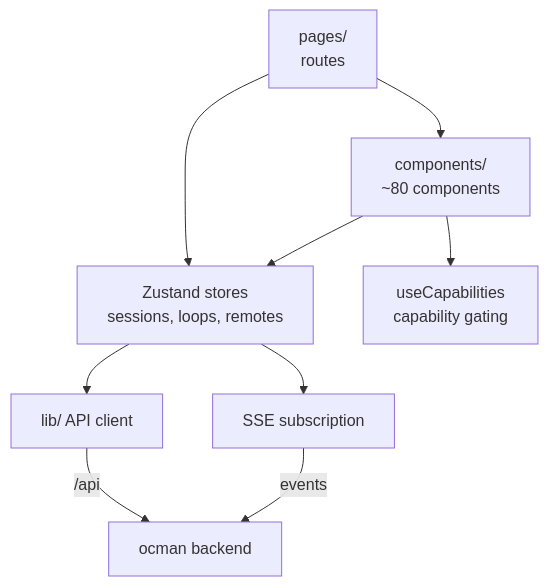
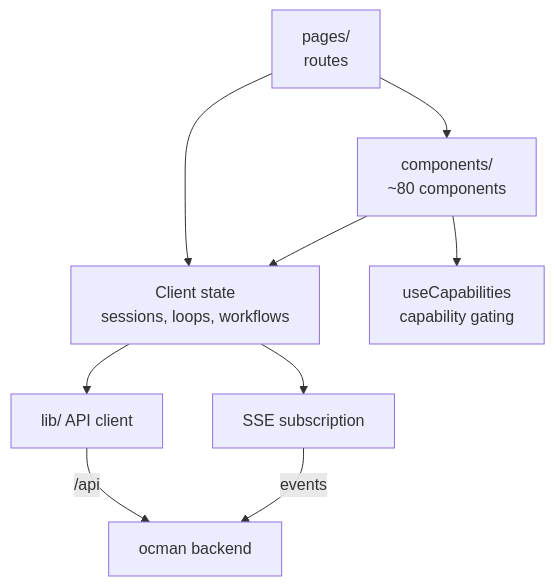
The fourth of 4 diagrams in docs/architecture.md (ocman/ocman), drawn with Mermaid before and after one commit. The commit also changed other lines of this file and 19 other files, not shown here.

````diff
--- a/docs/architecture.md
+++ b/docs/architecture.md
@@ -108,11 +118,11 @@
 ```mermaid
 flowchart TD
     Pages[pages/<br/>routes] --> Comp[components/<br/>~80 components]
-    Pages --> Stores[Zustand stores<br/>sessions, loops, remotes]
+    Pages --> Stores[Client state<br/>sessions, loops, workflows]
     Comp --> Stores
     Stores --> API[lib/ API client]
     Stores --> SSE[SSE subscription]
     API -->|/api| Hub[ocman backend]
     SSE -->|events| Hub
     Comp --> Caps[useCapabilities<br/>capability gating]
 ```
````
